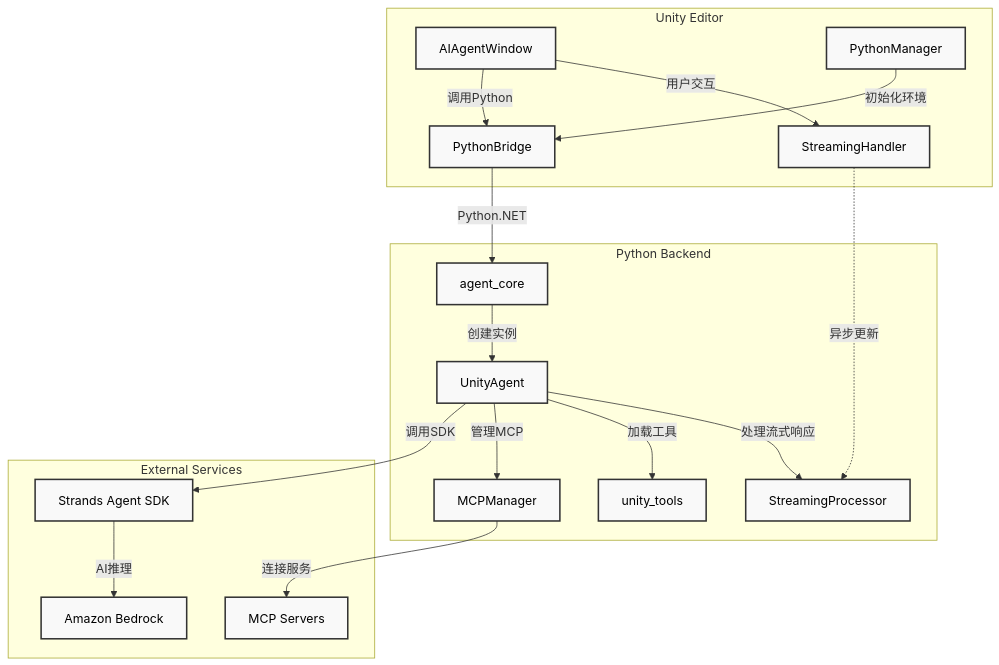
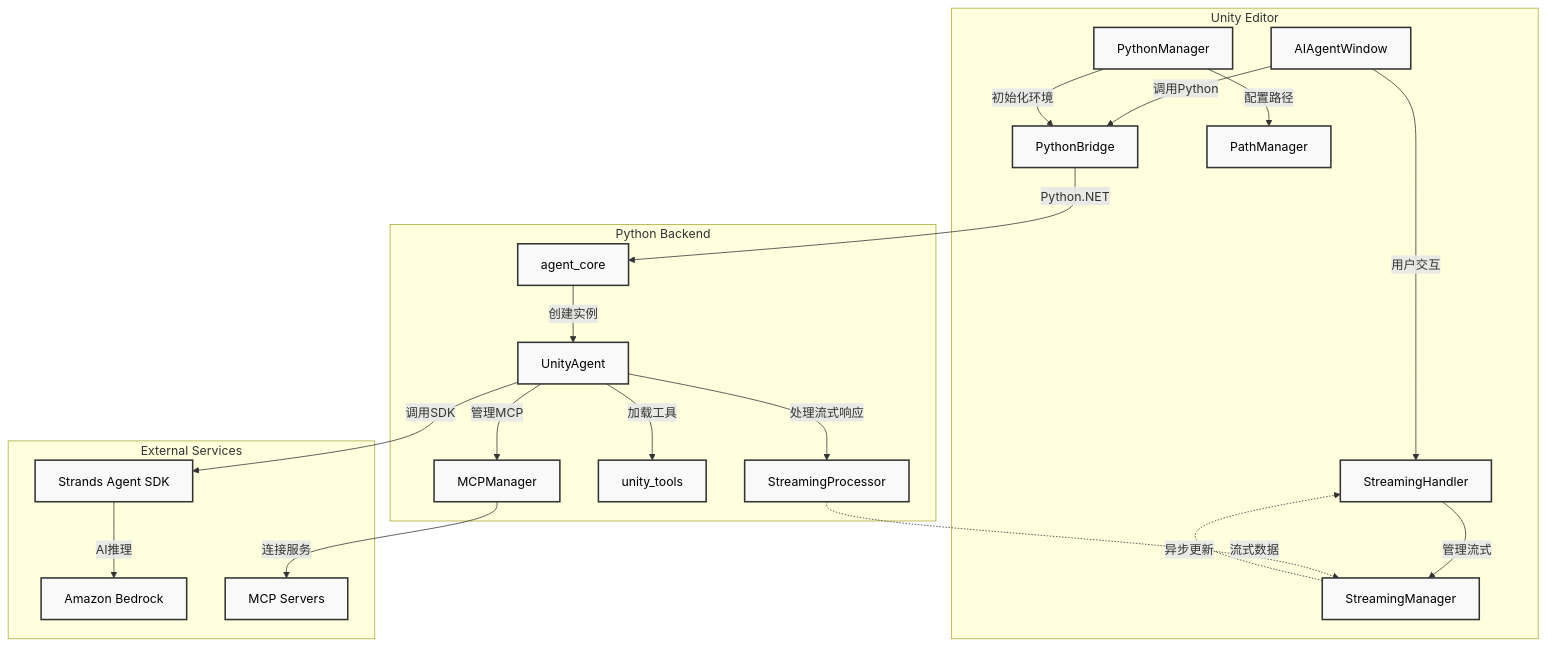
Before and after one commit to ddpie/unity-strands-agent: the first of 2 diagrams in README.md, drawn with Mermaid. The commit also changed other lines of this file, not shown here.

Commit message:
update system architecture diagram to reflect actual code structure
- Add StreamingManager component to show proper streaming management
- Add PathManager component to represent path configuration functionality
- Update data flow to show StreamingProcessor -> StreamingManager -> StreamingHandler chain
- Add PythonManager -> PathManager configuration relationship
- Ensure all major components in codebase are represented in architecture
- Maintain consistency between Chinese and English versions

````diff
--- a/README.md
+++ b/README.md
@@ -15,39 +15,44 @@
 ```mermaid
 graph TB
     subgraph Unity[Unity Editor]
         UI[AIAgentWindow]
         SH[StreamingHandler]
+        SM[StreamingManager]
         PB[PythonBridge]
         PM[PythonManager]
+        PATH[PathManager]
     end
     
     subgraph Python[Python Backend]
         AC[agent_core]
         UA[UnityAgent]
         SP[StreamingProcessor]
         UT[unity_tools]
         MM[MCPManager]
     end
     
     subgraph External[External Services]
         SDK[Strands Agent SDK]
         AWS[Amazon Bedrock]
         MCP[MCP Servers]
     end
     
     UI -->|用户交互| SH
     UI -->|调用Python| PB
+    SH -->|管理流式| SM
     PM -->|初始化环境| PB
+    PM -->|配置路径| PATH
     PB -->|Python.NET| AC
     AC -->|创建实例| UA
     UA -->|处理流式响应| SP
     UA -->|加载工具| UT
     UA -->|管理MCP| MM
     UA -->|调用SDK| SDK
     SDK -->|AI推理| AWS
     MM -->|连接服务| MCP
-    SH -.->|异步更新| SP
+    SP -.->|流式数据| SM
+    SM -.->|异步更新| SH
     
     classDef default fill:#f9f9f9,stroke:#333,stroke-width:2px,color:#000
     classDef external fill:#fff,stroke:#666,stroke-width:2px,color:#000
 ```
````
